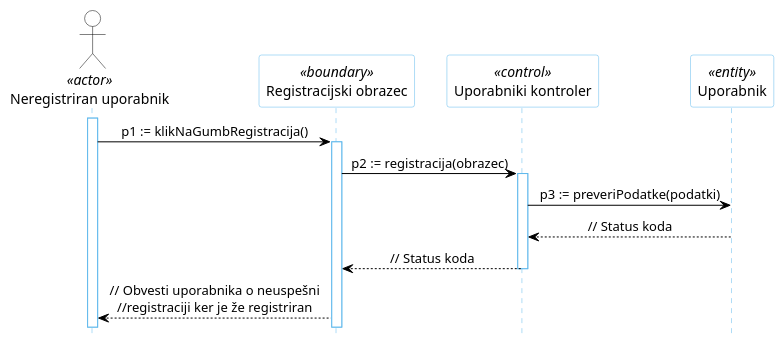
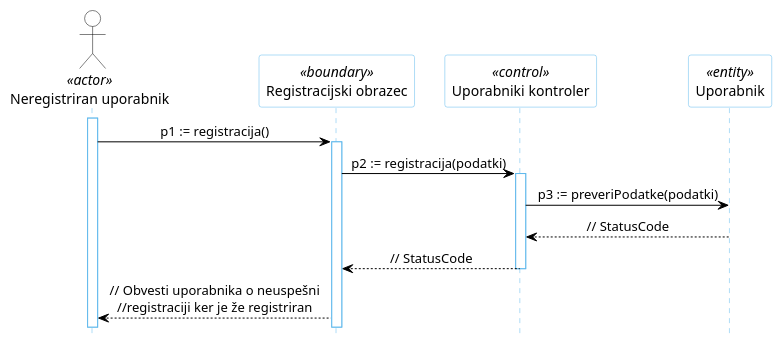
One commit to kupinah/test-tpo changed the diagram in docs/gradivo/plantuml/DZ/01c.puml. Above: the diagram before and after it, drawn with PlantUML. The commit also changed 36 other files, not shown here.

```diff
--- a/docs/gradivo/plantuml/DZ/01c.puml
+++ b/docs/gradivo/plantuml/DZ/01c.puml
@@ -1,29 +1,29 @@
 @startuml
 hide footbox
 
 skinparam backgroundcolor transparent
 skinparam defaultTextAlignment center
 skinparam actorBorderColor black
 skinparam actorBackgroundColor white
 skinparam arrowColor black  
 skinparam sequenceLifeLineBorderColor #5FB8EC
 skinparam sequenceParticipantBorderColor #5FB8EC
 skinparam sequenceParticipantBackgroundColor white
 
 actor "Neregistriran uporabnik" AS U1 <<actor>>
 
 participant "Registracijski obrazec" as R5 <<boundary>>
 participant "Uporabniki kontroler" as R2 <<control>>
 participant "Uporabnik" as R4 <<entity>>
 
 activate U1
-U1 -> R5: p1 := klikNaGumbRegistracija()
+U1 -> R5: p1 := registracija()
 activate R5
-R5 -> R2: p2 := registracija(obrazec)
+R5 -> R2: p2 := registracija(podatki)
 activate R2
 R2 -> R4: p3 := preveriPodatke(podatki)
-R4 --> R2: // Status koda
-R2 --> R5: // Status koda
+R4 --> R2: // StatusCode
+R2 --> R5: // StatusCode
 deactivate R2
 R5 --> U1: // Obvesti uporabnika o neuspešni\n//registraciji ker je že registriran
 @enduml
```
